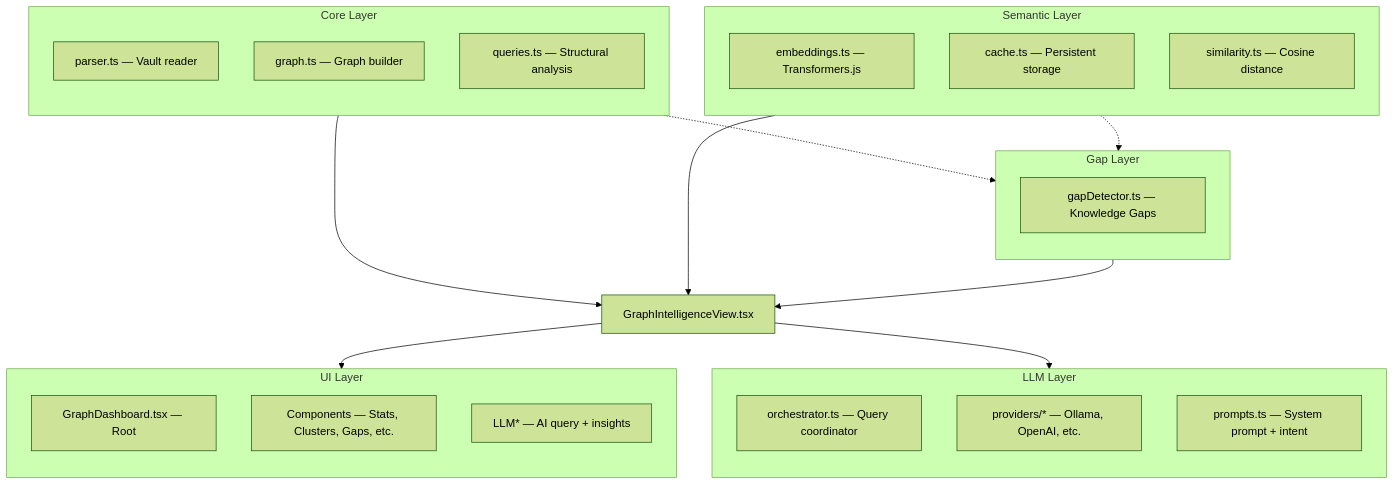
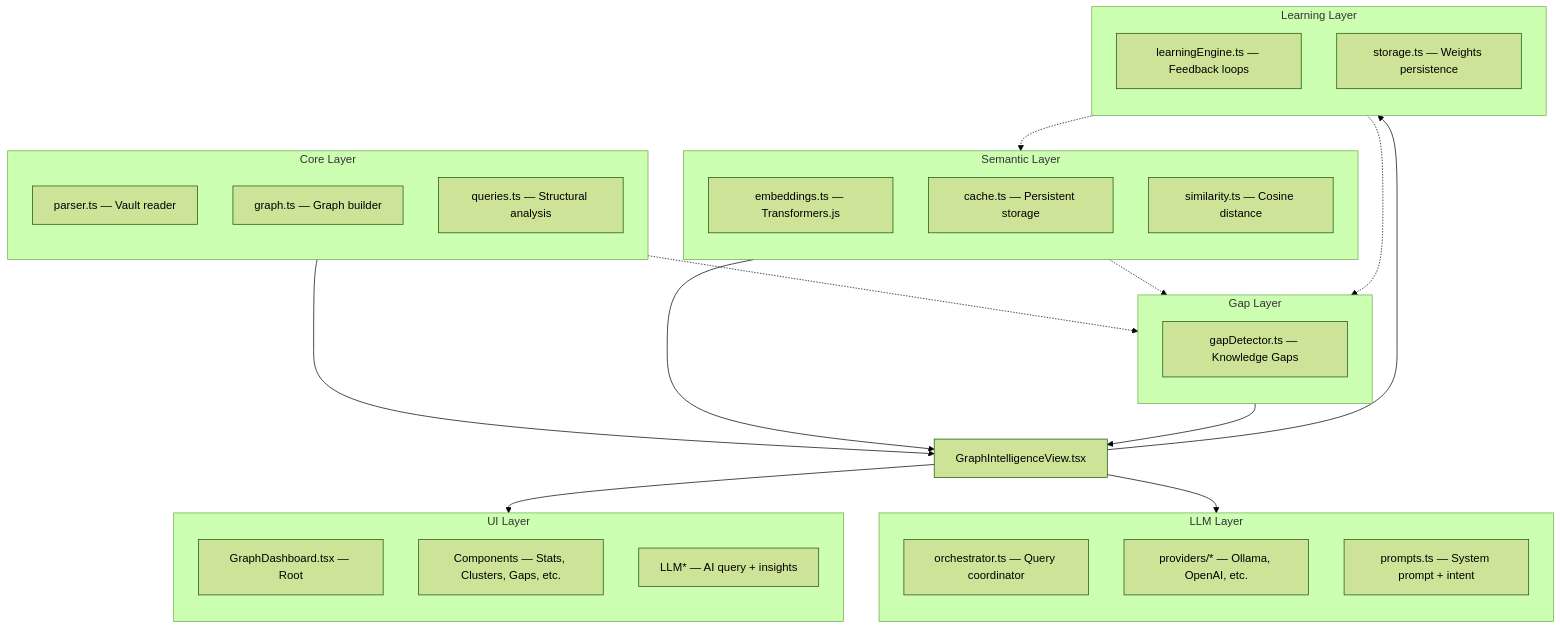
Before and after one commit to Rajveerx11/obsidian-graph-intelligence: the second of 4 diagrams in CONTRIBUTING.md, drawn with Mermaid (forest theme). The commit also changed other lines of this file and 1 other file, not shown here.

Commit message:
feat: integrate adaptive learning system for user feedback and weight persistence

````diff
--- a/CONTRIBUTING.md
+++ b/CONTRIBUTING.md
@@ -129,43 +129,52 @@
 ```mermaid
 graph TD
     subgraph Core["Core Layer"]
         direction TB
         C1["parser.ts — Vault reader"]
         C2["graph.ts — Graph builder"]
         C3["queries.ts — Structural analysis"]
     end
 
     subgraph Semantic["Semantic Layer"]
         direction TB
         S1["embeddings.ts — Transformers.js"]
         S2["cache.ts — Persistent storage"]
         S3["similarity.ts — Cosine distance"]
     end
 
     subgraph Gap["Gap Layer"]
         direction TB
         G1["gapDetector.ts — Knowledge Gaps"]
     end
 
     subgraph LLM["LLM Layer"]
         direction TB
         L1["orchestrator.ts — Query coordinator"]
         L2["providers/* — Ollama, OpenAI, etc."]
         L3["prompts.ts — System prompt + intent"]
     end
 
+    subgraph Learning["Learning Layer"]
+        direction TB
+        A1["learningEngine.ts — Feedback loops"]
+        A2["storage.ts — Weights persistence"]
+    end
+
     subgraph UI["UI Layer"]
         direction TB
         U1["GraphDashboard.tsx — Root"]
         U2["Components — Stats, Clusters, Gaps, etc."]
         U3["LLM* — AI query + insights"]
     end
 
     Core --> Plugin["GraphIntelligenceView.tsx"]
     Semantic --> Plugin
     Core -.-> Gap
     Semantic -.-> Gap
     Gap --> Plugin
+    Plugin --> Learning
+    Learning -.-> Semantic
+    Learning -.-> Gap
     Plugin --> UI
     Plugin --> LLM
 ```
````
